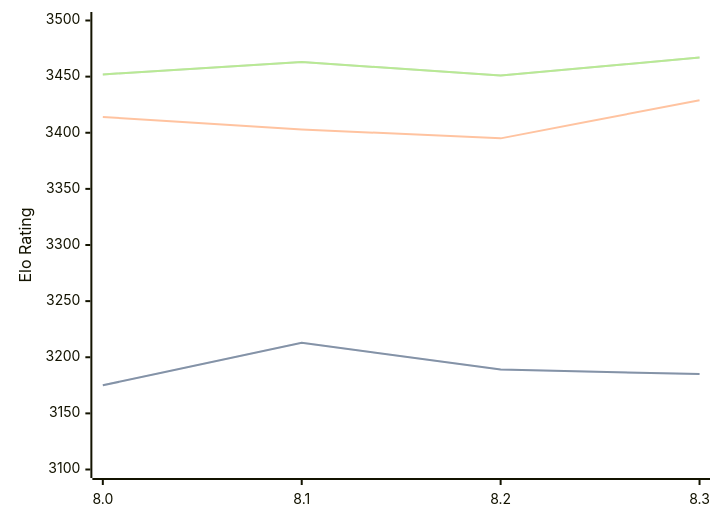
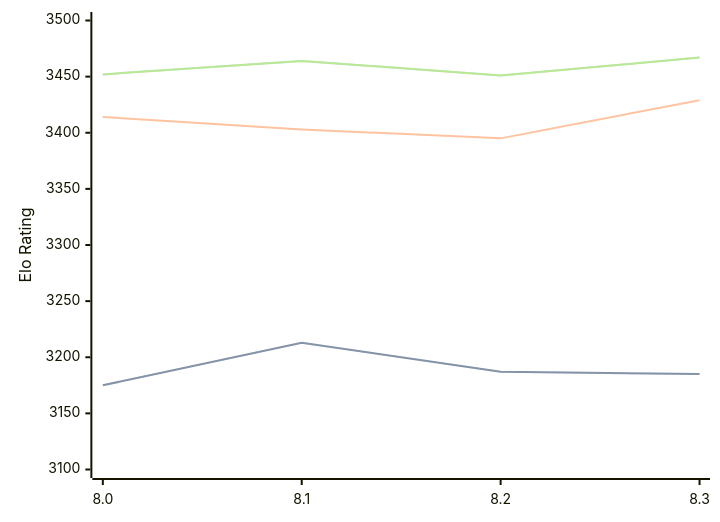
One commit to computer-chess-index/cci changed the diagram in engines/Alexander.md. Above: the diagram before and after it, drawn with Mermaid. The commit also changed other lines of this file, not shown here.

Commit message:
Update CCI Ratings (ELO VLTC) - 2026-04-29

````diff
--- a/engines/Alexander.md
+++ b/engines/Alexander.md
@@ -48,11 +48,11 @@
 ```mermaid
 %%{init: {"theme":"base","themeVariables":{"seriesColors:['#a3a3a3','#222221','#faa371']}}}%%
 xychart-beta
   x-axis ["8.0", "8.1", "8.2", "8.3"]
   y-axis "Elo Rating" 3100 --> 3500
-  line "STC (8.0+0.08s)" [3175, 3213, 3189, 3185]
-  line "STC (8.0+0.08s)" [3175, 3213, 3189, 3185]
+  line "STC (8.0+0.08s)" [3175, 3213, 3187, 3185]
+  line "STC (8.0+0.08s)" [3175, 3213, 3187, 3185]
   line "LTC (60.0+0.60s)" [3414, 3403, 3395, 3429]
-  line "VLTC (2m24s+1.12s)" [3452, 3463, 3451, 3467]
-  line "VLTC (2m24s+1.12s)" [3452, 3463, 3451, 3467]
+  line "VLTC (2m24s+1.12s)" [3452, 3464, 3451, 3467]
+  line "VLTC (2m24s+1.12s)" [3452, 3464, 3451, 3467]
 ```
````
